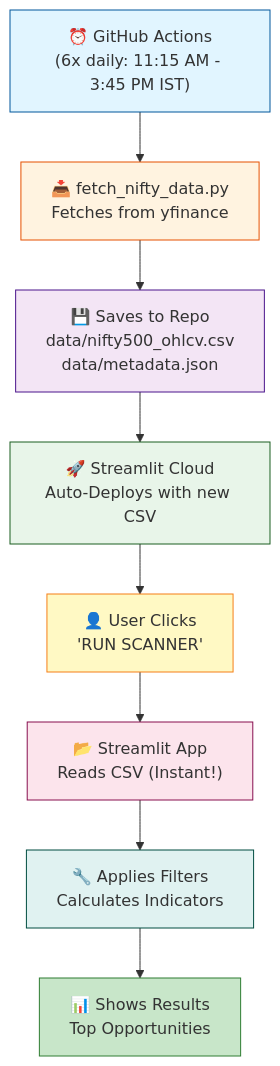
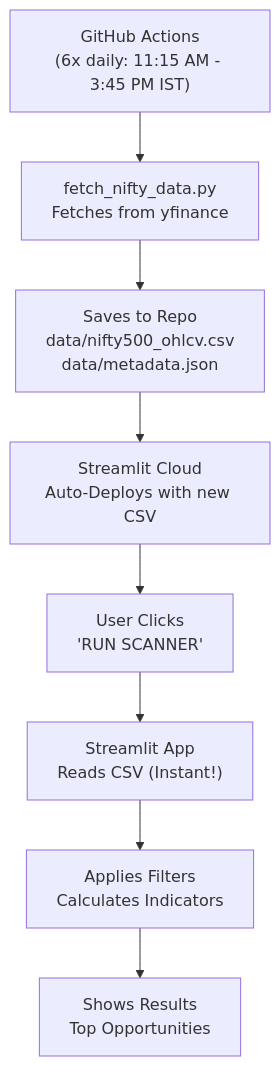
One commit to zetaaztra/Alpha-Zeta-Scanner changed the first of 2 diagrams in README.md. Above: the diagram before and after it, drawn with Mermaid. The commit also changed other lines of this file and 2 other files, not shown here.

````diff
--- a/README.md
+++ b/README.md
@@ -15,19 +15,10 @@
 ```mermaid
 graph TB
-    A["⏰ GitHub Actions<br/>(6x daily: 11:15 AM - 3:45 PM IST)"] --> B["📥 fetch_nifty_data.py<br/>Fetches from yfinance"]
-    B --> C["💾 Saves to Repo<br/>data/nifty500_ohlcv.csv<br/>data/metadata.json"]
-    C --> D["🚀 Streamlit Cloud<br/>Auto-Deploys with new CSV"]
-    D --> E["👤 User Clicks<br/>'RUN SCANNER'"]
-    E --> F["📂 Streamlit App<br/>Reads CSV (Instant!)"]
-    F --> G["🔧 Applies Filters<br/>Calculates Indicators"]
-    G --> H["📊 Shows Results<br/>Top Opportunities"]
-    
-    style A fill:#e1f5ff,stroke:#01579b
-    style B fill:#fff3e0,stroke:#e65100
-    style C fill:#f3e5f5,stroke:#4a148c
-    style D fill:#e8f5e9,stroke:#1b5e20
-    style E fill:#fff9c4,stroke:#f57f17
-    style F fill:#fce4ec,stroke:#880e4f
-    style G fill:#e0f2f1,stroke:#004d40
-    style H fill:#c8e6c9,stroke:#2e7d32
+    A["GitHub Actions<br/>(6x daily: 11:15 AM - 3:45 PM IST)"] --> B["fetch_nifty_data.py<br/>Fetches from yfinance"]
+    B --> C["Saves to Repo<br/>data/nifty500_ohlcv.csv<br/>data/metadata.json"]
+    C --> D["Streamlit Cloud<br/>Auto-Deploys with new CSV"]
+    D --> E["User Clicks<br/>'RUN SCANNER'"]
+    E --> F["Streamlit App<br/>Reads CSV (Instant!)"]
+    F --> G["Applies Filters<br/>Calculates Indicators"]
+    G --> H["Shows Results<br/>Top Opportunities"]
 ```
````
